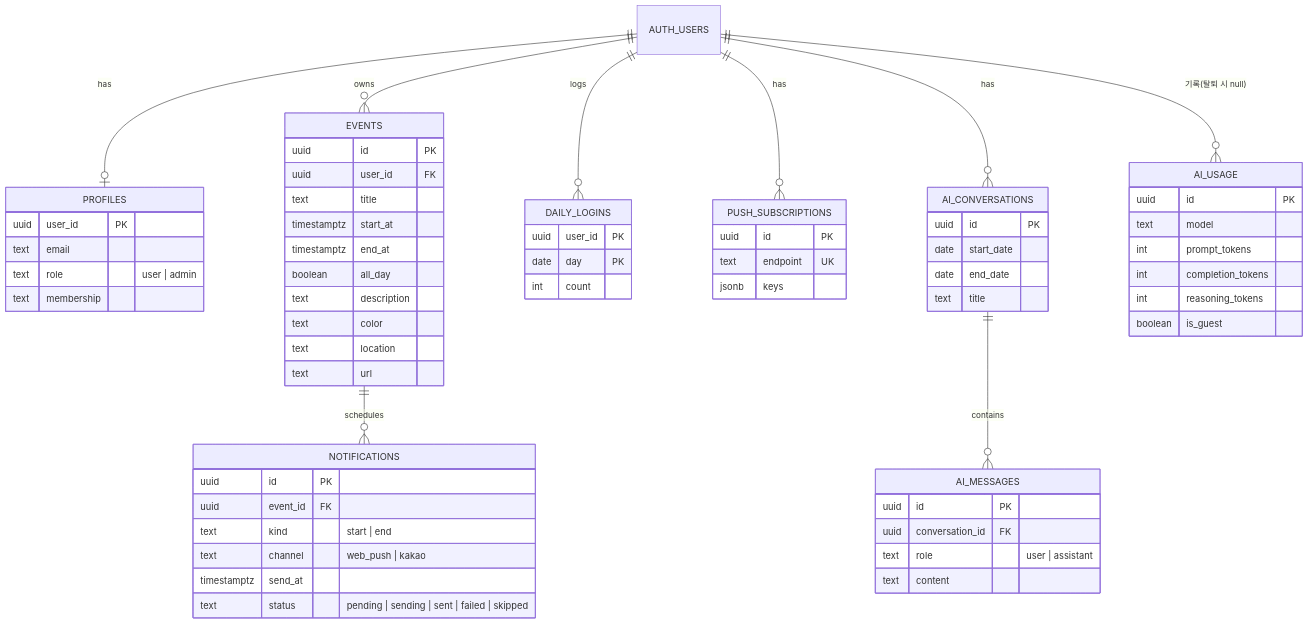
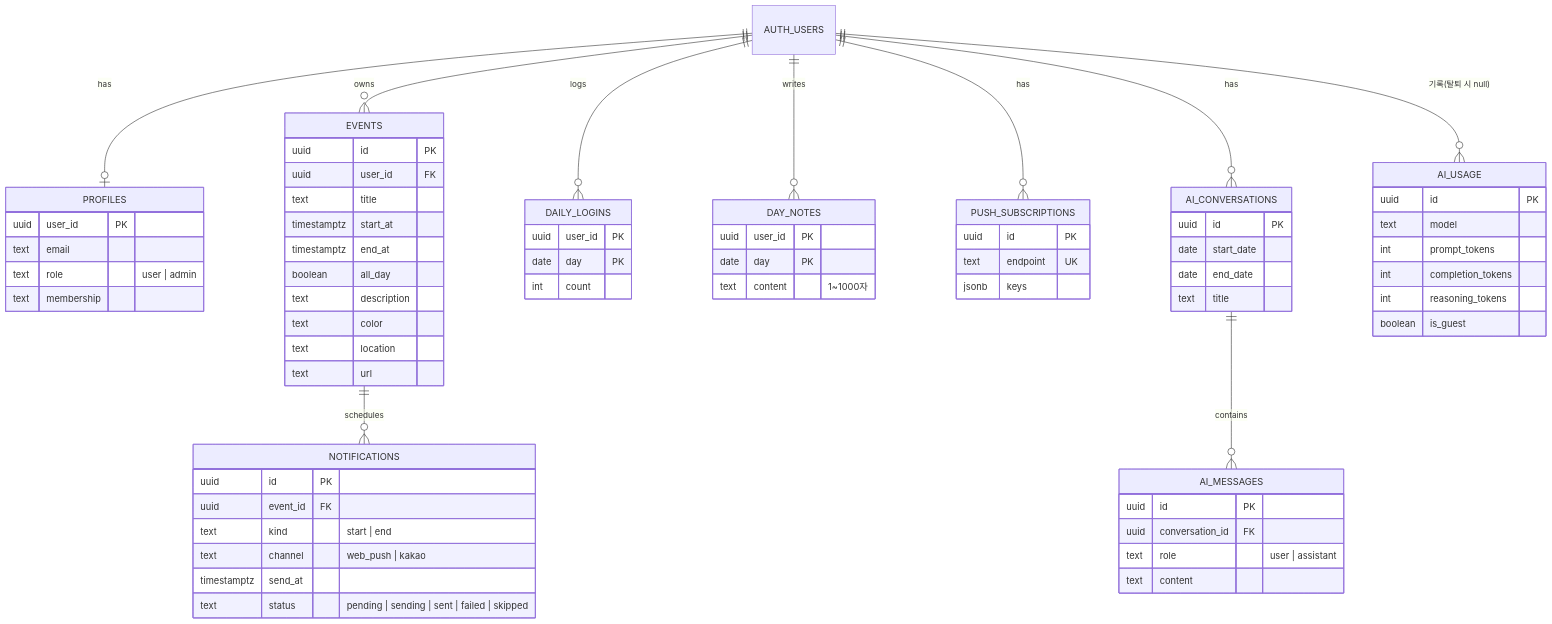
One commit to sjhak8034/my-calendar changed the second of 3 diagrams in README.md. Above: the diagram before and after it, drawn with Mermaid. The commit also changed other lines of this file and 1 other file, not shown here.

Commit message:
📝 docs: 날짜별 메모 기능과 코드 리뷰 반영을 문서에 기록

````diff
--- a/README.md
+++ b/README.md
@@ -218,68 +219,74 @@
 ```mermaid
 erDiagram
   AUTH_USERS ||--o| PROFILES : has
   AUTH_USERS ||--o{ EVENTS : owns
   AUTH_USERS ||--o{ DAILY_LOGINS : logs
+  AUTH_USERS ||--o{ DAY_NOTES : writes
   AUTH_USERS ||--o{ PUSH_SUBSCRIPTIONS : has
   AUTH_USERS ||--o{ AI_CONVERSATIONS : has
   AUTH_USERS ||--o{ AI_USAGE : "기록(탈퇴 시 null)"
   EVENTS ||--o{ NOTIFICATIONS : schedules
   AI_CONVERSATIONS ||--o{ AI_MESSAGES : contains
 
   PROFILES {
     uuid user_id PK
     text email
     text role "user | admin"
     text membership
   }
   EVENTS {
     uuid id PK
     uuid user_id FK
     text title
     timestamptz start_at
     timestamptz end_at
     boolean all_day
     text description
     text color
     text location
     text url
   }
   NOTIFICATIONS {
     uuid id PK
     uuid event_id FK
     text kind "start | end"
     text channel "web_push | kakao"
     timestamptz send_at
     text status "pending | sending | sent | failed | skipped"
   }
   PUSH_SUBSCRIPTIONS {
     uuid id PK
     text endpoint UK
     jsonb keys
   }
   AI_CONVERSATIONS {
     uuid id PK
     date start_date
     date end_date
     text title
   }
   AI_MESSAGES {
     uuid id PK
     uuid conversation_id FK
     text role "user | assistant"
     text content
   }
   AI_USAGE {
     uuid id PK
     text model
     int prompt_tokens
     int completion_tokens
     int reasoning_tokens
     boolean is_guest
   }
   DAILY_LOGINS {
     uuid user_id PK
     date day PK
     int count
   }
+  DAY_NOTES {
+    uuid user_id PK
+    date day PK
+    text content "1~1000자"
+  }
 ```
````
